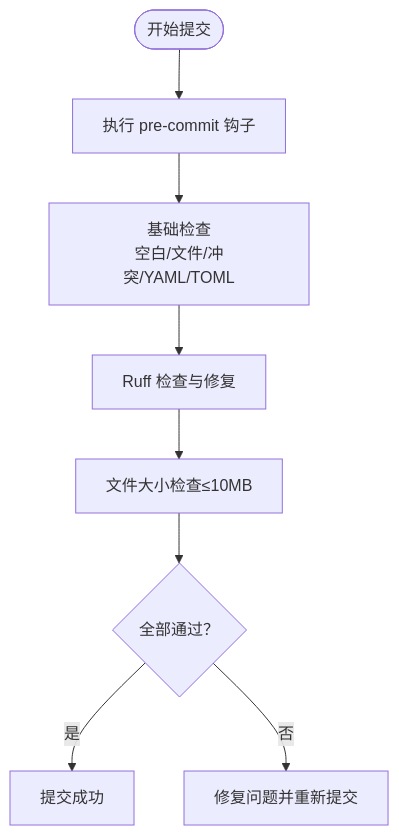
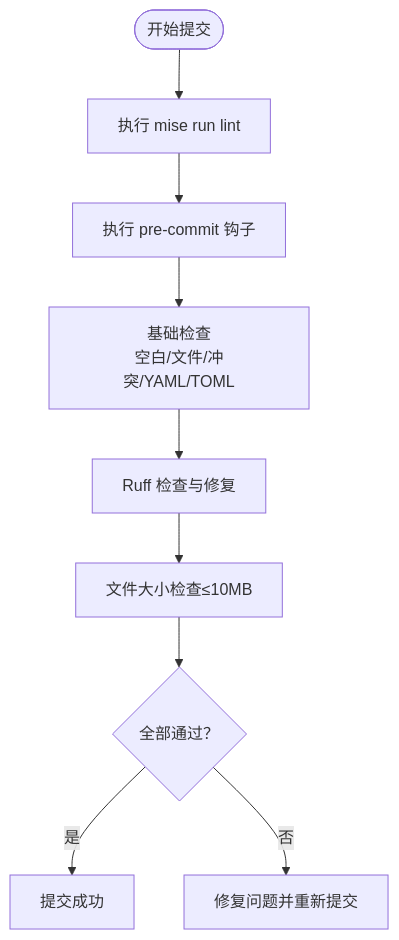
One commit to xinetzone/tao changed the third of 5 diagrams in .qoder/repowiki/zh/content/开发指南/开发环境搭建.md. Above: the diagram before and after it, drawn with Mermaid. The commit also changed other lines of this file and 5 other files, not shown here.

````diff
--- a/.qoder/repowiki/zh/content/开发指南/开发环境搭建.md
+++ b/.qoder/repowiki/zh/content/开发指南/开发环境搭建.md
@@ -163,10 +174,11 @@
 ```mermaid
 flowchart TD
-Start(["开始提交"]) --> Hooks["执行 pre-commit 钩子"]
+Start(["开始提交"]) --> Mise["执行 mise run lint"]
+Mise --> Hooks["执行 pre-commit 钩子"]
 Hooks --> Basic["基础检查<br/>空白/文件/冲突/YAML/TOML"]
 Basic --> Ruff["Ruff 检查与修复"]
 Ruff --> Size["文件大小检查≤10MB"]
 Size --> Pass{"全部通过？"}
 Pass --> |是| Commit["提交成功"]
 Pass --> |否| Fix["修复问题并重新提交"]
 ```
````
